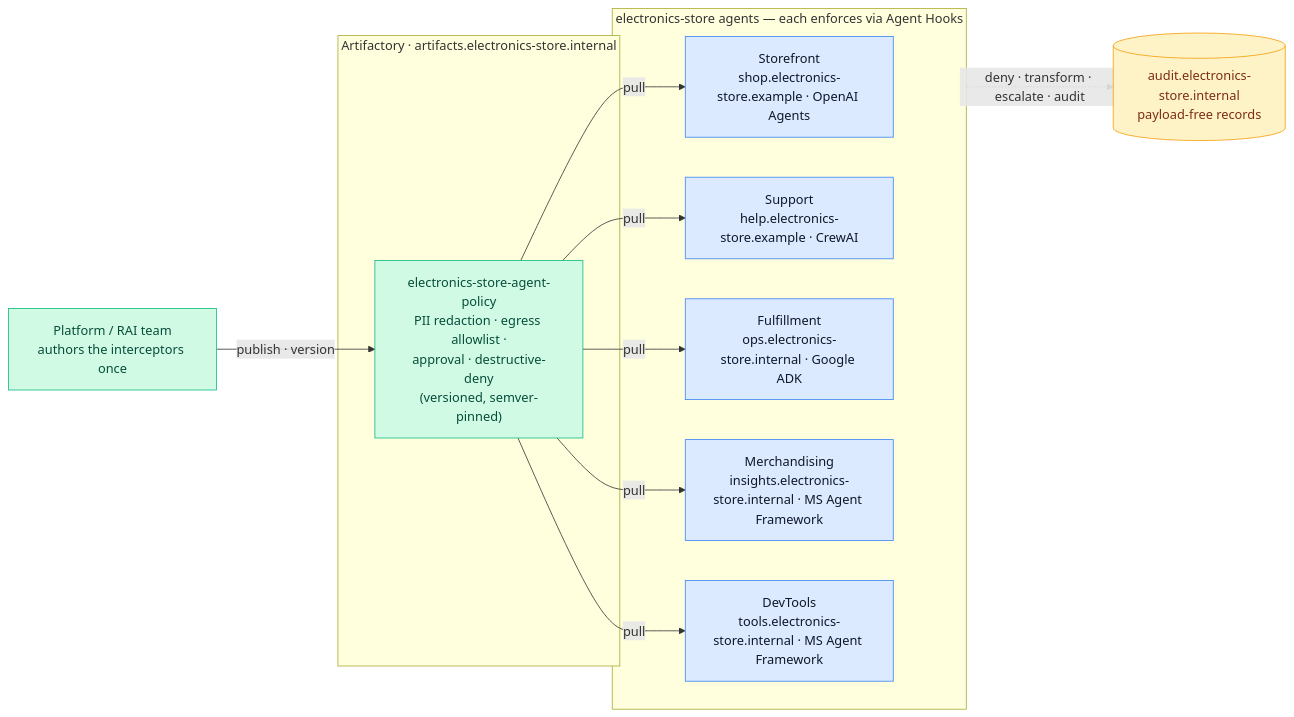
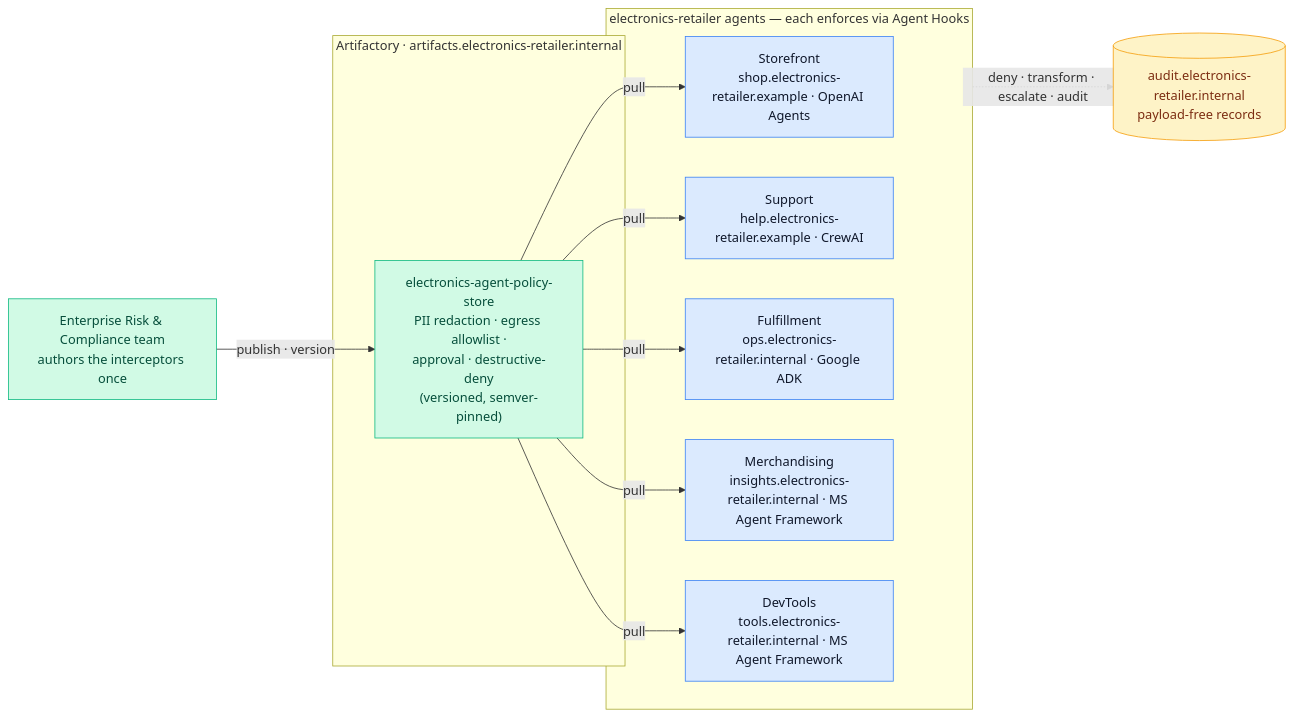
Before and after one commit to prayagupa/agent-hooks: the third of 3 diagrams in docs/agent-hooks-in-5-minutes.md, drawn with Mermaid. The commit also changed other lines of this file, not shown here.

Commit message:
add interceptors chaining and risk compliance team

````diff
--- a/docs/agent-hooks-in-5-minutes.md
+++ b/docs/agent-hooks-in-5-minutes.md
@@ -239,33 +258,33 @@
 ```mermaid
 flowchart LR
-    Platform["Platform / RAI team<br/>authors the interceptors once"]
+    ERC["Enterprise Risk & Compliance team<br/>authors the interceptors once"]
 
-    subgraph Registry["Artifactory · artifacts.electronics-store.internal"]
-      Policy["electronics-store-agent-policy<br/>PII redaction · egress allowlist ·<br/>approval · destructive-deny<br/>(versioned, semver-pinned)"]
+    subgraph Registry["Artifactory · artifacts.electronics-retailer.internal"]
+      Policy["electronics-agent-policy-store<br/>PII redaction · egress allowlist ·<br/>approval · destructive-deny<br/>(versioned, semver-pinned)"]
     end
 
-    subgraph Agents["electronics-store agents — each enforces via Agent Hooks"]
-      Shop["Storefront<br/>shop.electronics-store.example · OpenAI Agents"]
-      Help["Support<br/>help.electronics-store.example · CrewAI"]
-      Ops["Fulfillment<br/>ops.electronics-store.internal · Google ADK"]
-      Insights["Merchandising<br/>insights.electronics-store.internal · MS Agent Framework"]
-      Tools["DevTools<br/>tools.electronics-store.internal · MS Agent Framework"]
+    subgraph Agents["electronics-retailer agents — each enforces via Agent Hooks"]
+      Shop["Storefront<br/>shop.electronics-retailer.example · OpenAI Agents"]
+      Help["Support<br/>help.electronics-retailer.example · CrewAI"]
+      Ops["Fulfillment<br/>ops.electronics-retailer.internal · Google ADK"]
+      Insights["Merchandising<br/>insights.electronics-retailer.internal · MS Agent Framework"]
+      Tools["DevTools<br/>tools.electronics-retailer.internal · MS Agent Framework"]
     end
 
-    Audit[("audit.electronics-store.internal<br/>payload-free records")]
+    Audit[("audit.electronics-retailer.internal<br/>payload-free records")]
 
-    Platform -->|publish · version| Policy
+    ERC -->|publish · version| Policy
     Policy -->|pull| Shop
     Policy -->|pull| Help
     Policy -->|pull| Ops
     Policy -->|pull| Insights
     Policy -->|pull| Tools
     Agents -.->|deny · transform · escalate · audit| Audit
 
     classDef host fill:#dbeafe,stroke:#3b82f6,color:#0f172a;
     classDef hooks fill:#d1fae5,stroke:#10b981,color:#064e3b;
     classDef audit fill:#fef3c7,stroke:#f59e0b,color:#7c2d12;
     class Shop,Help,Ops,Insights,Tools host;
-    class Policy,Platform hooks;
+    class Policy,ERC hooks;
     class Audit audit;
 ```
````
